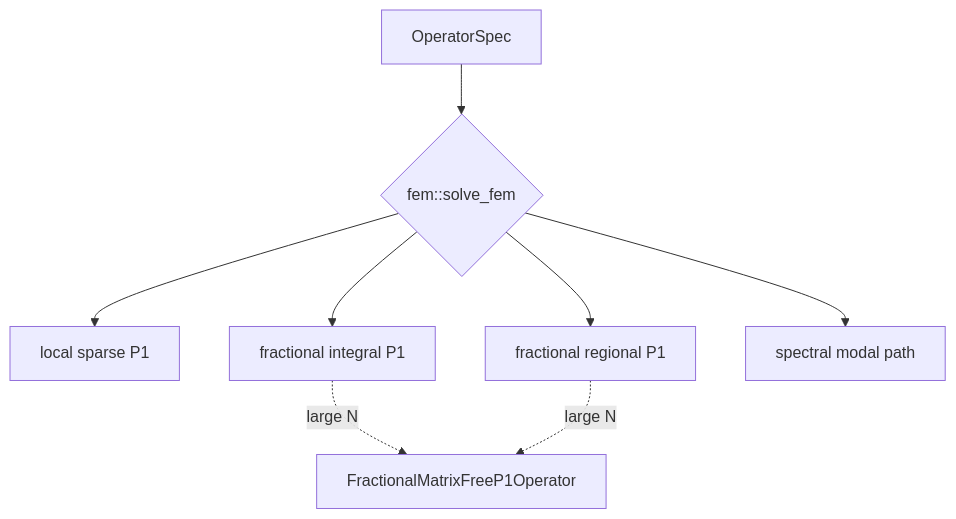
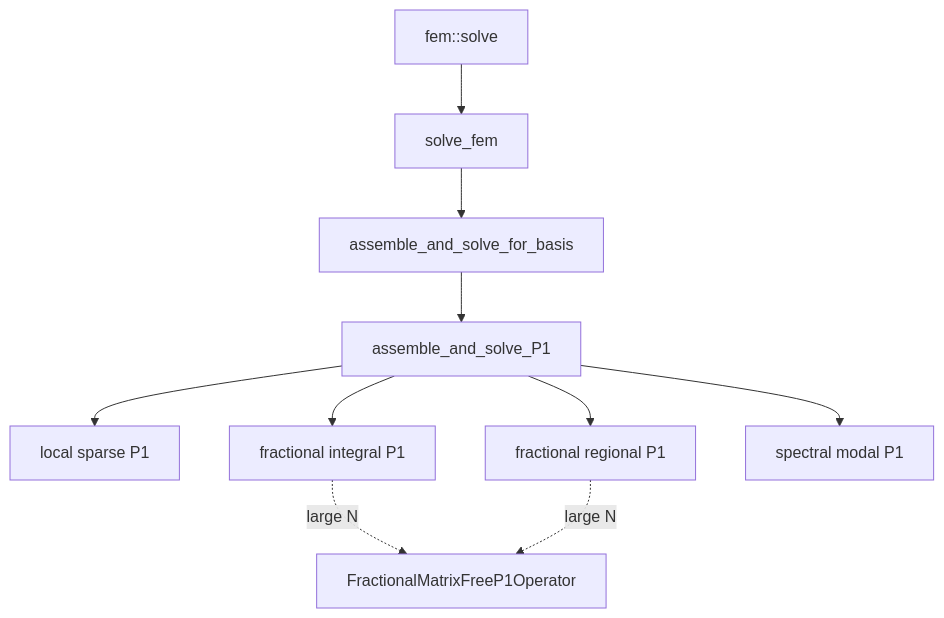
One commit to anshelino0606/DelaunayForge changed the third of 5 diagrams in src/math/ARCHITECTURE.md. Above: the diagram before and after it, drawn with Mermaid. The commit also changed other lines of this file and 26 other files, not shown here.

````diff
--- a/src/math/ARCHITECTURE.md
+++ b/src/math/ARCHITECTURE.md
@@ -29,10 +30,12 @@
 ```mermaid
 flowchart TD
-    OperatorSpec --> Dispatch{fem::solve_fem}
-    Dispatch --> Local[local sparse P1]
-    Dispatch --> Integral[fractional integral P1]
-    Dispatch --> Regional[fractional regional P1]
-    Dispatch --> Spectral[spectral modal path]
+    femsolve[fem::solve] --> fembackend[solve_fem]
+    fembackend --> basis[assemble_and_solve_for_basis]
+    basis --> p1[assemble_and_solve_P1]
+    p1 --> Local[local sparse P1]
+    p1 --> Integral[fractional integral P1]
+    p1 --> Regional[fractional regional P1]
+    p1 --> Spectral[spectral modal P1]
     Integral -. large N .-> MatrixFree[FractionalMatrixFreeP1Operator]
     Regional -. large N .-> MatrixFree
 ```
````
